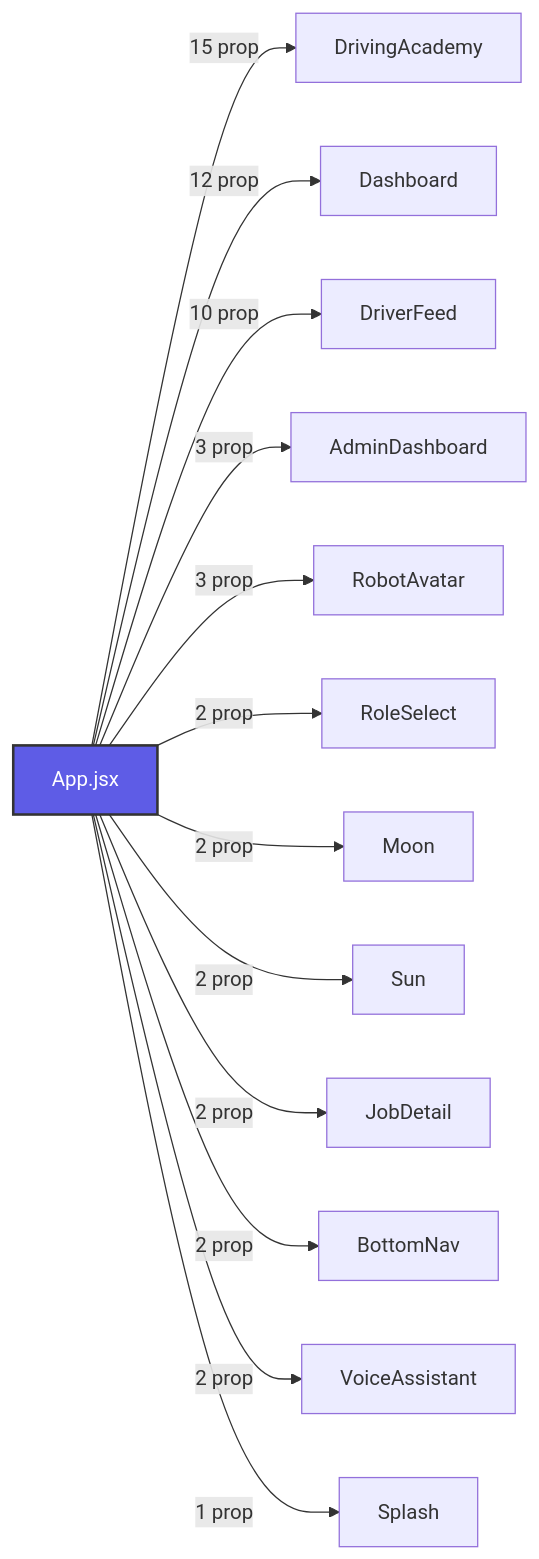
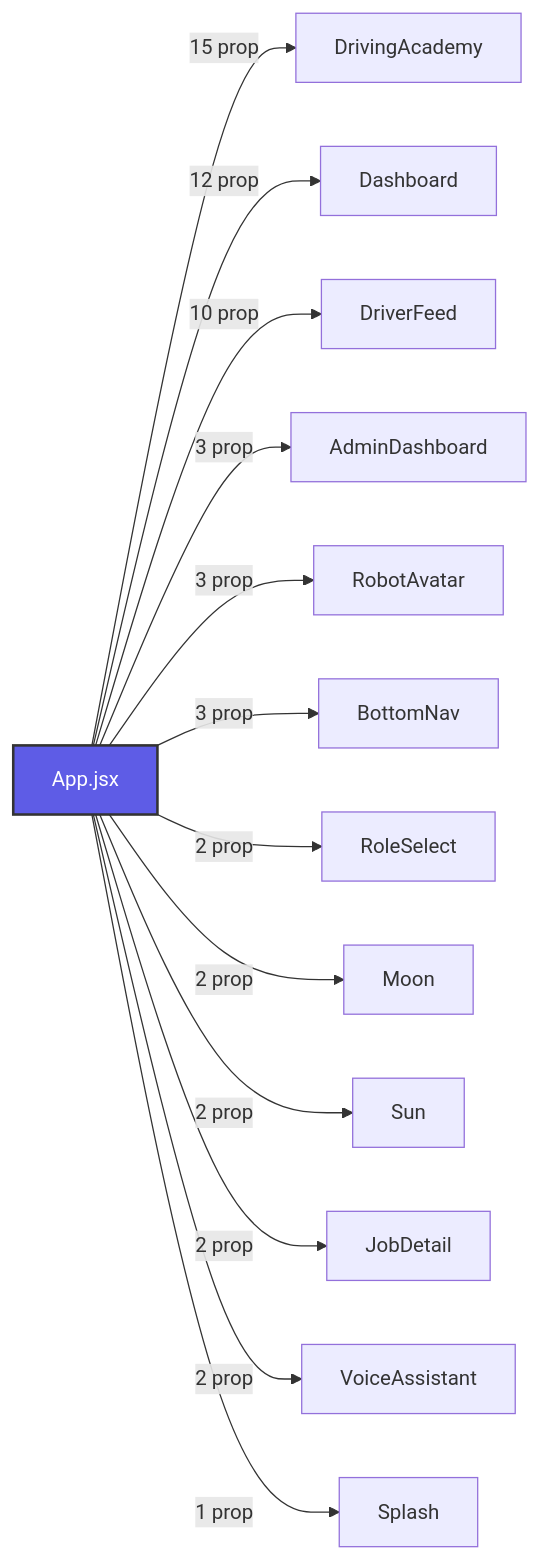
Before and after one commit to farruxon9-cloud/web-michi-app: the second of 2 diagrams in codebase_map.md, drawn with Mermaid. The commit also changed other lines of this file and 58 other files, not shown here.

````diff
--- a/codebase_map.md
+++ b/codebase_map.md
@@ -1009,17 +1150,17 @@
 ```mermaid
 graph LR
   App["App.jsx"] -->|"15 prop"| DrivingAcademy
   App["App.jsx"] -->|"12 prop"| Dashboard
   App["App.jsx"] -->|"10 prop"| DriverFeed
   App["App.jsx"] -->|"3 prop"| AdminDashboard
   App["App.jsx"] -->|"3 prop"| RobotAvatar
+  App["App.jsx"] -->|"3 prop"| BottomNav
   App["App.jsx"] -->|"2 prop"| RoleSelect
   App["App.jsx"] -->|"2 prop"| Moon
   App["App.jsx"] -->|"2 prop"| Sun
   App["App.jsx"] -->|"2 prop"| JobDetail
-  App["App.jsx"] -->|"2 prop"| BottomNav
   App["App.jsx"] -->|"2 prop"| VoiceAssistant
   App["App.jsx"] -->|"1 prop"| Splash
 
   style App fill:#5E5CE6,stroke:#333,stroke-width:2px,color:#fff
 ```
````
